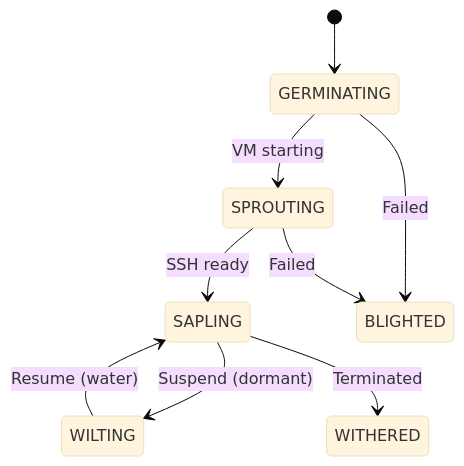
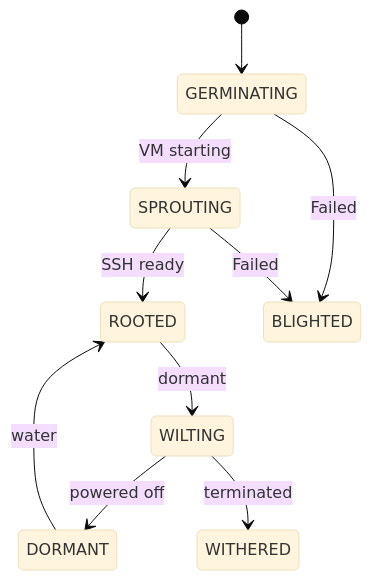
The seventh of 9 diagrams in docs/architecture/platform-architecture.md (orchard-cde/orchard), drawn with Mermaid (base theme) before and after one commit. The commit also changed other lines of this file and 38 other files, not shown here.

Commit message:
refactor!: rename PlotState.SAPLING to ROOTED and add DORMANT

````diff
--- a/docs/architecture/platform-architecture.md
+++ b/docs/architecture/platform-architecture.md
@@ -356,13 +356,13 @@
 ```mermaid
 stateDiagram-v2
     [*] --> GERMINATING
     GERMINATING --> SPROUTING : VM starting
-    SPROUTING --> SAPLING : SSH ready
+    SPROUTING --> ROOTED : SSH ready
 
-    SAPLING --> WILTING : Suspend (dormant)
-    WILTING --> SAPLING : Resume (water)
-
-    SAPLING --> WITHERED : Terminated
+    ROOTED --> WILTING : dormant
+    WILTING --> DORMANT : powered off
+    DORMANT --> ROOTED : water
+    WILTING --> WITHERED : terminated
     GERMINATING --> BLIGHTED : Failed
     SPROUTING --> BLIGHTED : Failed
 ```
````
